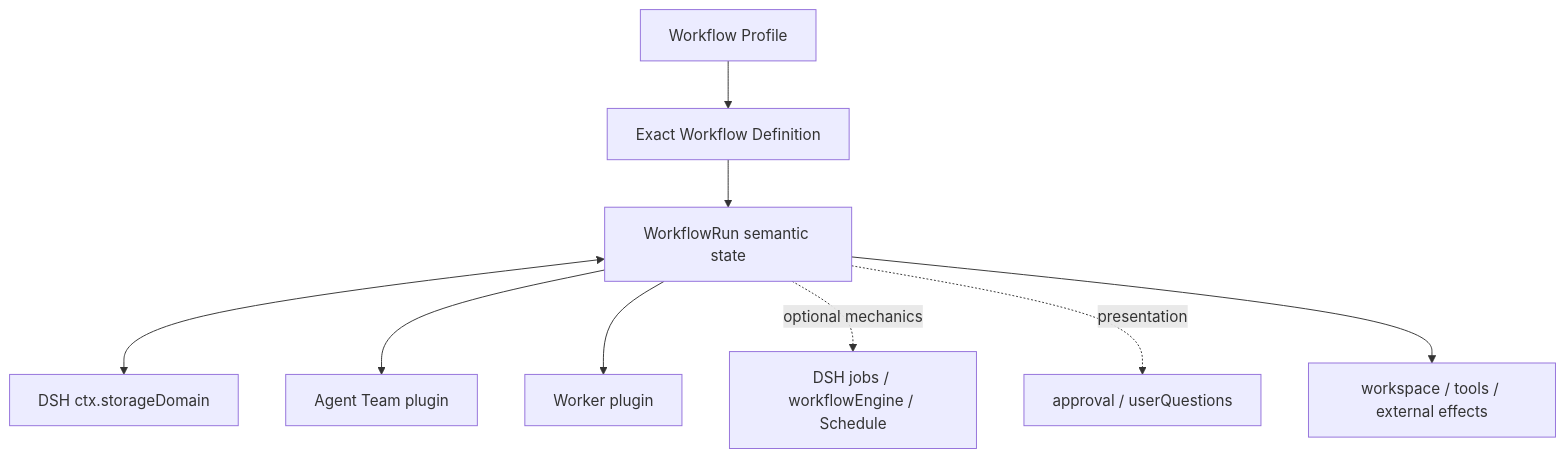
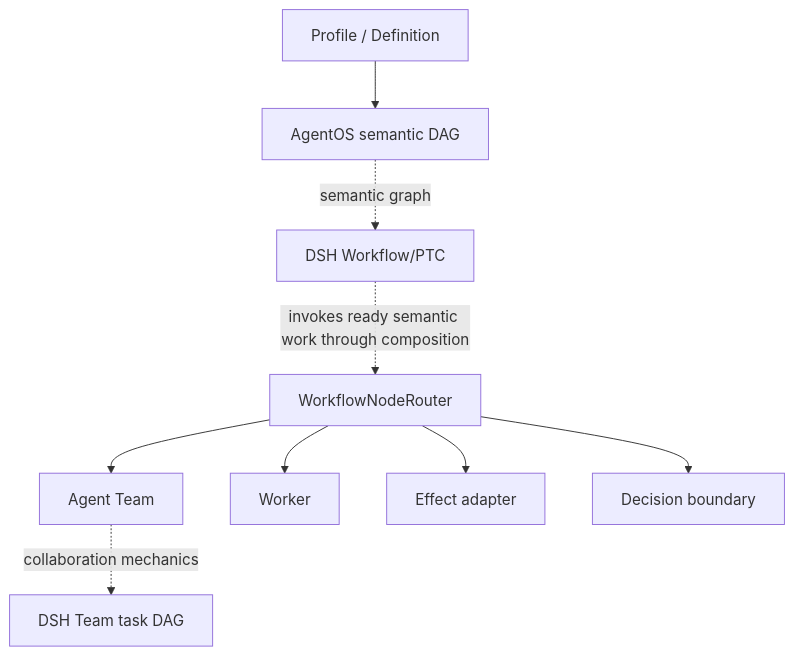
One commit to tsuuanmi/AgentOS changed the diagram in docs/architecture/plugins/workflow/README.md. Above: the diagram before and after it, drawn with Mermaid. The commit also changed other lines of this file and 41 other files, not shown here.

First line of the commit message:
docs: consolidate Worker-first MVP architecture

```diff
--- a/docs/architecture/plugins/workflow/README.md
+++ b/docs/architecture/plugins/workflow/README.md
@@ -14,22 +170,23 @@
 ~~~mermaid
 flowchart TB
-    Profile[Workflow Profile]
-    Definition[Exact Workflow Definition]
-    Run[WorkflowRun semantic state]
-    Store[DSH ctx.storageDomain]
+    Profile[Profile / Definition]
+    Def[AgentOS semantic DAG]
+    Runtime[DSH Workflow/PTC]
+    Router[WorkflowNodeRouter]
+    Team[Agent Team]
+    Worker[Worker]
+    Effect[Effect adapter]
+    Decision[Decision boundary]
+    TeamDAG[DSH Team task DAG]
 
-    Team[Agent Team plugin]
-    Worker[Worker plugin]
-    Runtime[DSH jobs / workflowEngine / Schedule]
-    Human[approval / userQuestions]
-    Effects[workspace / tools / external effects]
+    Profile --> Def
+    Def -. semantic graph .-> Runtime
+    Runtime -. invokes ready semantic work through composition .-> Router
 
-    Profile --> Definition --> Run
-    Run <--> Store
+    Router --> Team
+    Router --> Worker
+    Router --> Effect
+    Router --> Decision
 
-    Run --> Team
-    Run --> Worker
-    Run -. optional mechanics .-> Runtime
-    Run -. presentation .-> Human
-    Run --> Effects
+    Team -. collaboration mechanics .-> TeamDAG
 ~~~
```
